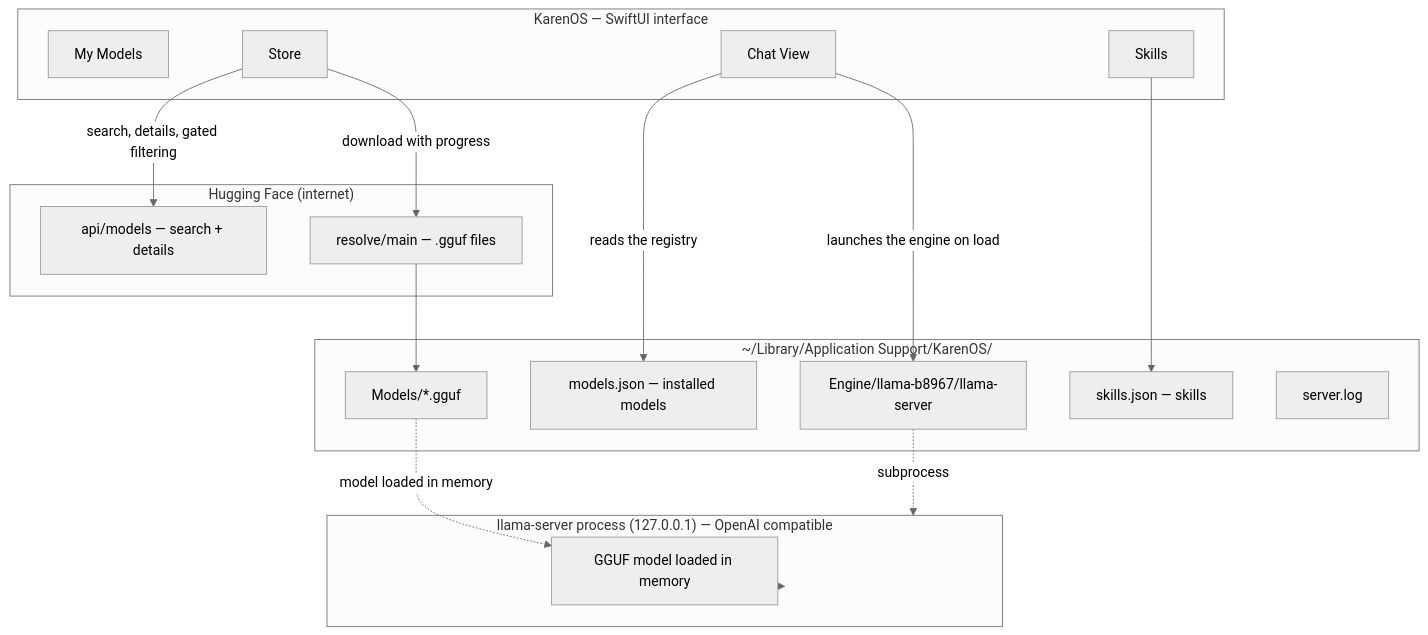
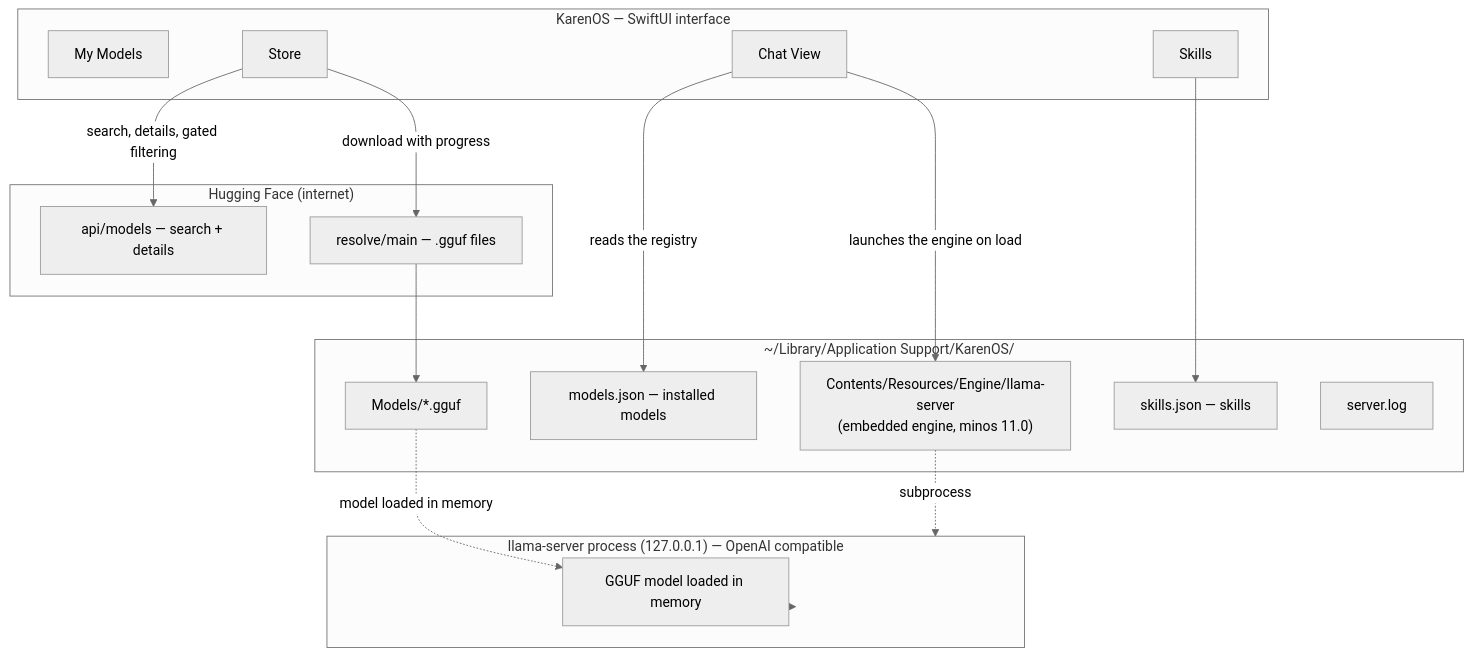
The first of 6 diagrams in docs/DOCUMENTATION_EN.md (martialzinsou/KarenOs), drawn with Mermaid (neutral theme) before and after one commit. The commit also changed other lines of this file and 6 other files, not shown here.

````diff
--- a/docs/DOCUMENTATION_EN.md
+++ b/docs/DOCUMENTATION_EN.md
@@ -81,36 +81,36 @@
 ```mermaid
 flowchart TB
     subgraph UI["KarenOS — SwiftUI interface"]
         Library["My Models"]
         Store["Store"]
         Skills["Skills"]
         Chat["Chat View"]
     end
 
     subgraph HF["Hugging Face (internet)"]
         API["api/models — search + details"]
         CDN["resolve/main — .gguf files"]
     end
 
     subgraph Disk["~/Library/Application Support/KarenOS/"]
         ModelsDir["Models/*.gguf"]
         Registry["models.json — installed models"]
-        EngineDir["Engine/llama-b8967/llama-server"]
+        EngineDir["Contents/Resources/Engine/llama-server<br/>(embedded engine, minos 11.0)"]
         SkillsFile["skills.json — skills"]
         ServerLog["server.log"]
     end
 
     subgraph Engine["llama-server process (127.0.0.1) — OpenAI compatible"]
         LLM["GGUF model loaded in memory"]
     end
 
     Store -->|"search, details, gated filtering"| API
     Store -->|"download with progress"| CDN
     CDN --> ModelsDir
     Skills --> SkillsFile
     Chat -->|"reads the registry"| Registry
     Chat -->|"launches the engine on load"| EngineDir
     EngineDir -.->|"subprocess"| Engine
     Engine --> LLM
     ModelsDir -.->|"model loaded in memory"| LLM
 ```
````
